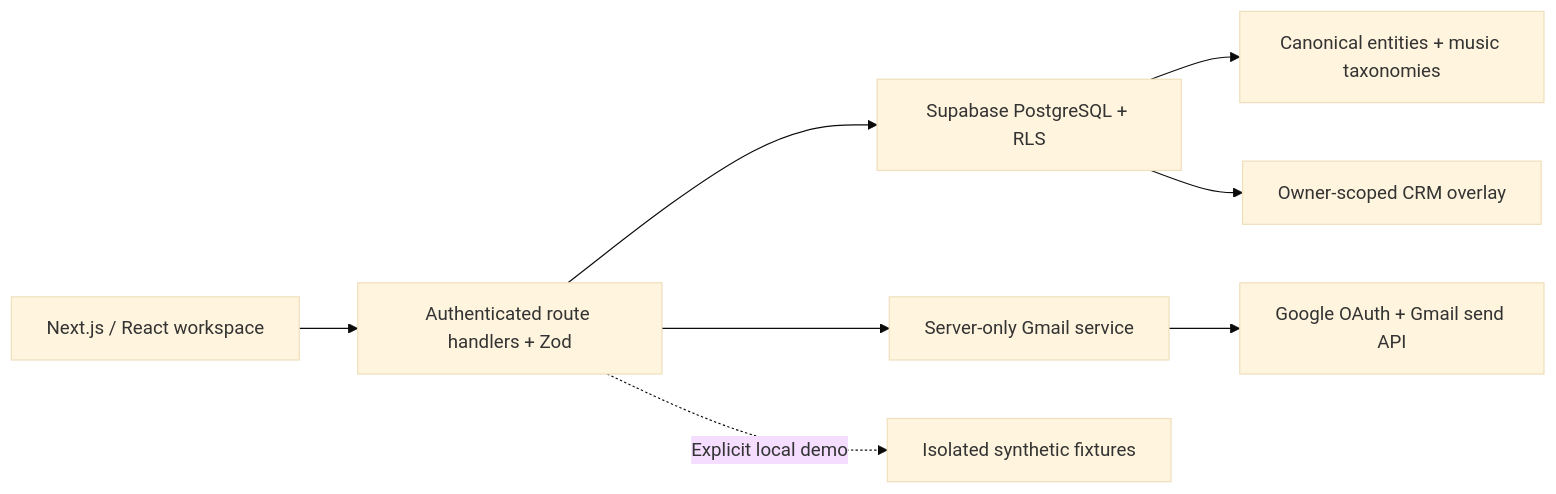
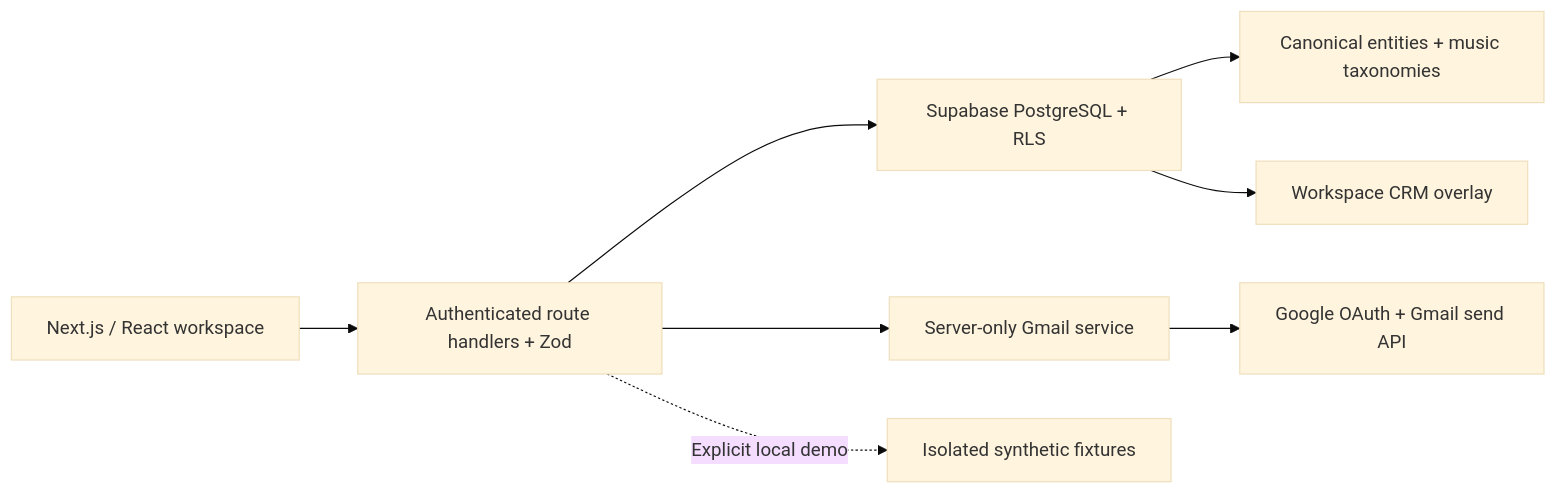
Before and after one commit to Nicksuciu7/musicmail: the diagram in README.md, drawn with Mermaid (base theme). The commit also changed other lines of this file and 81 other files, not shown here.

````diff
--- a/README.md
+++ b/README.md
@@ -62,10 +64,10 @@
 ```mermaid
 flowchart LR
   UI[Next.js / React workspace] --> API[Authenticated route handlers + Zod]
   API --> DB[Supabase PostgreSQL + RLS]
   API --> Gmail[Server-only Gmail service]
   Gmail --> Google[Google OAuth + Gmail send API]
   API -. Explicit local demo .-> Demo[Isolated synthetic fixtures]
   DB --> Shared[Canonical entities + music taxonomies]
-  DB --> Private[Owner-scoped CRM overlay]
+  DB --> Private[Workspace CRM overlay]
 ```
````
